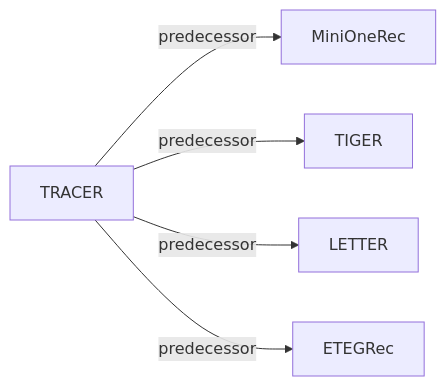
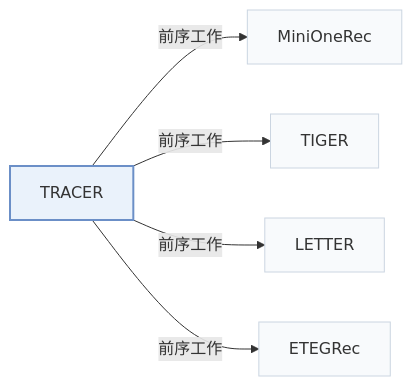
One commit to Galaxy-ghost/Awesome-SID-Generative-Rec changed the second of 2 diagrams in pages/zh/papers/tracer.md. Above: the diagram before and after it, drawn with Mermaid. The commit also changed other lines of this file and 649 other files, not shown here.

Commit message:
writer-05: also tags and modality index (schema, check, build, visuals); summary field removed; calibration data for 12 papers

````diff
--- a/pages/zh/papers/tracer.md
+++ b/pages/zh/papers/tracer.md
@@ -68,8 +74,12 @@
 ```mermaid
 flowchart LR
     P["TRACER"]
-    P -->|predecessor| A["MiniOneRec"]
-    P -->|predecessor| B["TIGER"]
-    P -->|predecessor| C["LETTER"]
-    P -->|predecessor| D["ETEGRec"]
+    P -->|"前序工作"| A["MiniOneRec"]
+    P -->|"前序工作"| B["TIGER"]
+    P -->|"前序工作"| C["LETTER"]
+    P -->|"前序工作"| D["ETEGRec"]
+    classDef main fill:#eaf2fb,stroke:#6b8fc7,stroke-width:2px
+    classDef peer fill:#f8fafc,stroke:#cbd5e1
+    class P main
+    class A,B,C,D peer
 ```
````
